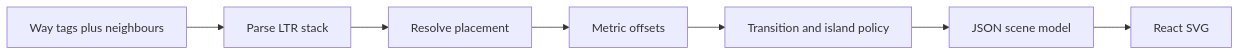
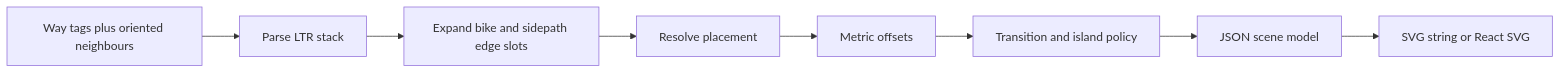
One commit to tordans/parking-lanes changed the second of 3 diagrams in .cursor/plans/lanes_3-column_explore_23b926cc.plan.md. Above: the diagram before and after it, drawn with Mermaid. The commit also changed other lines of this file, not shown here.

````diff
--- a/.cursor/plans/lanes_3-column_explore_23b926cc.plan.md
+++ b/.cursor/plans/lanes_3-column_explore_23b926cc.plan.md
@@ -121,9 +166,10 @@
 ```mermaid
 flowchart LR
-  Tags[Way tags plus neighbours] --> Parse[Parse LTR stack]
-  Parse --> Place[Resolve placement]
+  Tags[Way tags plus oriented neighbours] --> Parse[Parse LTR stack]
+  Parse --> Expand[Expand bike and sidepath edge slots]
+  Expand --> Place[Resolve placement]
   Place --> Offset[Metric offsets]
   Offset --> Policy[Transition and island policy]
   Policy --> Scene[JSON scene model]
-  Scene --> Svg[React SVG]
+  Scene --> Svg[SVG string or React SVG]
 ```
````
